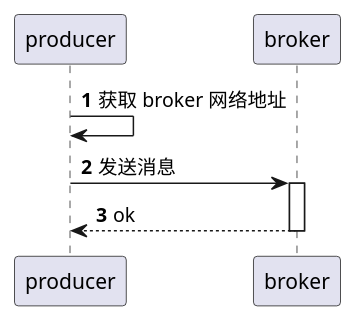
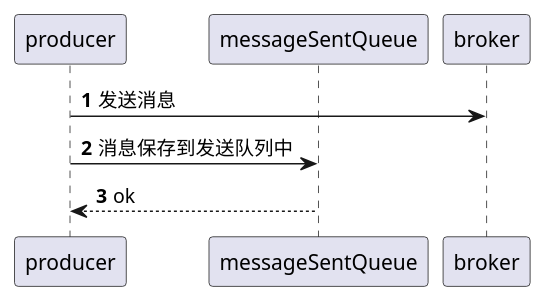
One commit to zexho994/Jinx changed the diagram in docs/producer/发送消息.puml. Above: the diagram before and after it, drawn with PlantUML. The commit also changed 35 other files, not shown here.

```diff
--- a/docs/producer/发送消息.puml
+++ b/docs/producer/发送消息.puml
@@ -1,8 +1,13 @@
 @startuml
 autonumber
 
-producer -> producer : 获取 broker 网络地址
-producer -> broker ++: 发送消息
+participant  producer
+participant messageSentQueue
+participant broker
+
+producer -> broker : 发送消息
+producer -> messageSentQueue : 消息保存到发送队列中
+
 return ok
 
 @enduml
```
